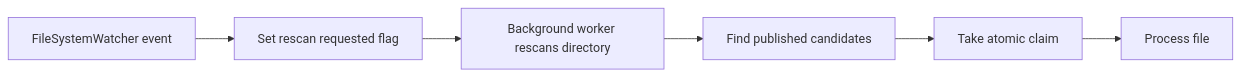
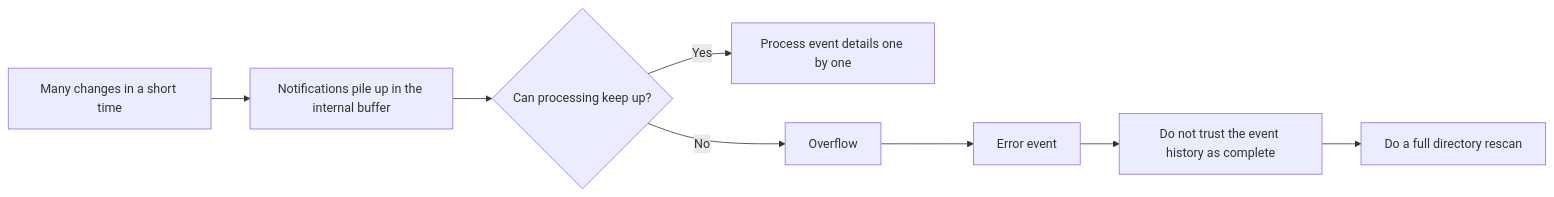
Before and after one commit to gomurin0428/KomuraSoftWeb: the second of 5 diagrams in _posts/2026-03-10-000-filesystemwatcher-safe-basics-en.md, drawn with Mermaid. The commit also changed other lines of this file and 2 other files, not shown here.

````diff
--- a/_posts/2026-03-10-000-filesystemwatcher-safe-basics-en.md
+++ b/_posts/2026-03-10-000-filesystemwatcher-safe-basics-en.md
@@ -57,8 +124,10 @@
 ```mermaid
 flowchart LR
-    A["FileSystemWatcher event"] --> B["Set rescan requested flag"]
-    B --> C["Background worker rescans directory"]
-    C --> D["Find published candidates"]
-    D --> E["Take atomic claim"]
-    E --> F["Process file"]
+    A["Many changes in a short time"] --> B["Notifications pile up in the internal buffer"]
+    B --> C{"Can processing keep up?"}
+    C -- "Yes" --> D["Process event details one by one"]
+    C -- "No" --> E["Overflow"]
+    E --> F["Error event"]
+    F --> G["Do not trust the event history as complete"]
+    G --> H["Do a full directory rescan"]
 ```
````
